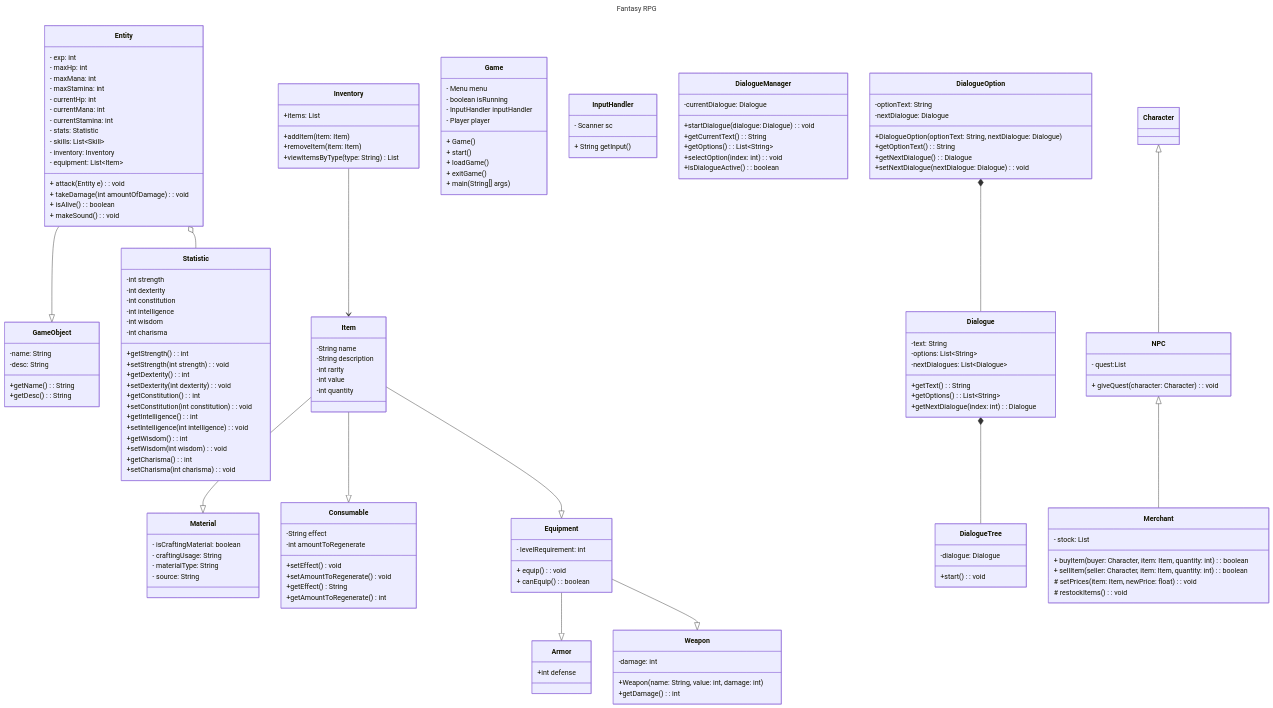
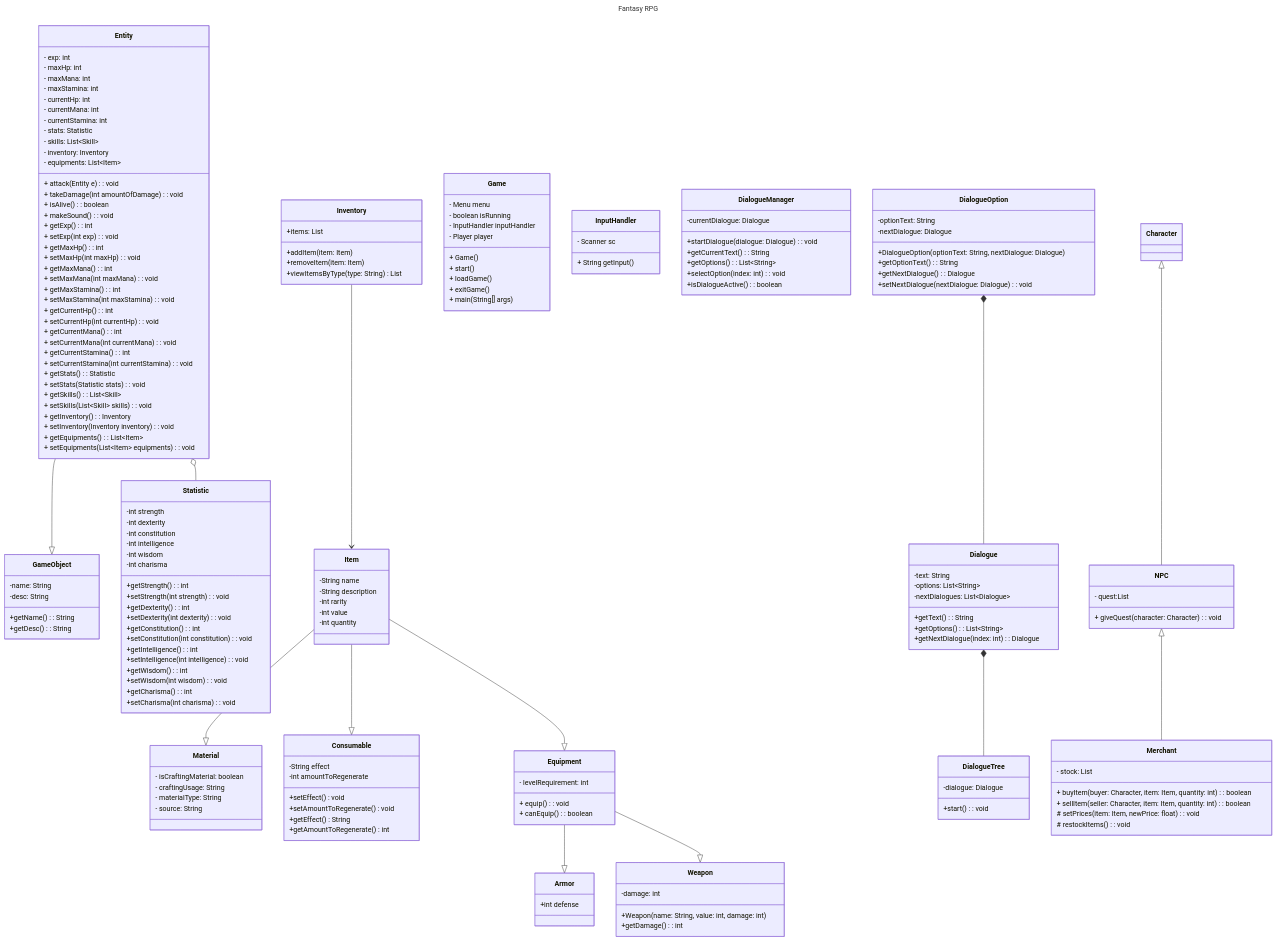
Before and after one commit to pacalso-jjc/2425-2nd-cc3-1b-rpg: the diagram in wiki/Class-Diagram.md, drawn with Mermaid.

Commit message:
Fix the equipments attribute and add getters and setters

```diff
--- a/wiki/Class-Diagram.md
+++ b/wiki/Class-Diagram.md
@@ -15,11 +15,33 @@
       - stats: Statistic
       - skills: List~Skill~
       - inventory: Inventory
-      - equipment: List~Item~
+      - equipments: List~Item~
       + attack(Entity e): void
       + takeDamage(int amountOfDamage): void
       + isAlive (): boolean
       + makeSound(): void
+      + getExp() : int
+      + setExp(int exp): void
+      + getMaxHp(): int
+      + setMaxHp(int maxHp): void
+      + getMaxMana(): int
+      + setMaxMana(int maxMana): void
+      + getMaxStamina(): int
+      + setMaxStamina(int maxStamina): void
+      + getCurrentHp(): int
+      + setCurrentHp(int currentHp): void
+      + getCurrentMana(): int
+      + setCurrentMana(int currentMana): void
+      + getCurrentStamina(): int
+      + setCurrentStamina(int currentStamina): void
+      + getStats(): Statistic
+      + setStats(Statistic stats): void
+      + getSkills(): List~Skill~
+      + setSkills(List~Skill~ skills): void
+      + getInventory(): Inventory
+      + setInventory(Inventory inventory): void
+      + getEquipments(): List~Item~
+      + setEquipments(List~Item~ equipments): void
     }
 
     Item --|> Material
```
